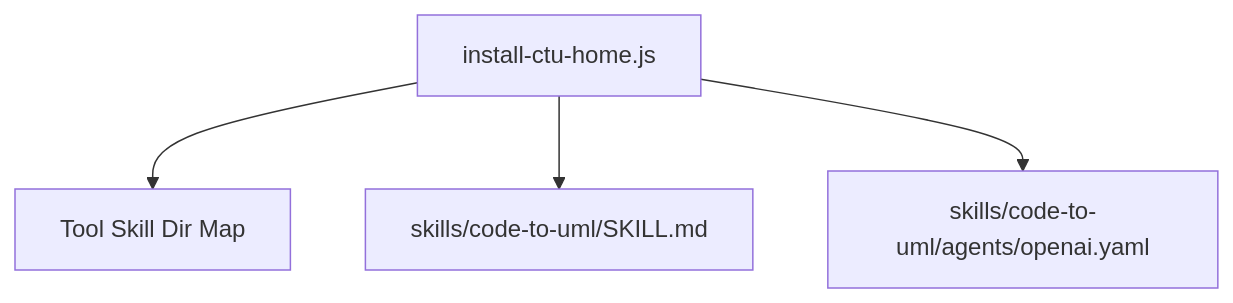
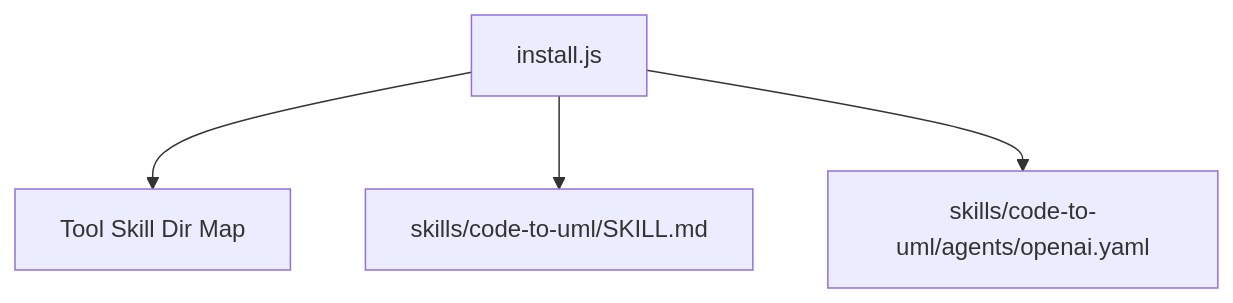
Before and after one commit to pingwurth/code-to-uml: the fifth of 5 diagrams in .qoder/repowiki/en/content/AI Agent Integration/Agent Setup Guides/Agent Setup Guides.md, drawn with Mermaid. The commit also changed other lines of this file and 26 other files, not shown here.

Commit message:
rename install-ctu-home.js install.js

````diff
--- a/.qoder/repowiki/en/content/AI Agent Integration/Agent Setup Guides/Agent Setup Guides.md
+++ b/.qoder/repowiki/en/content/AI Agent Integration/Agent Setup Guides/Agent Setup Guides.md
@@ -238,10 +238,10 @@
 ```mermaid
 graph TB
-Installer["install-ctu-home.js"]
+Installer["install.js"]
 ToolMap["Tool Skill Dir Map"]
 Skill["skills/code-to-uml/SKILL.md"]
 OpenAIYAML["skills/code-to-uml/agents/openai.yaml"]
 Installer --> ToolMap
 Installer --> Skill
 Installer --> OpenAIYAML
 ```
````
